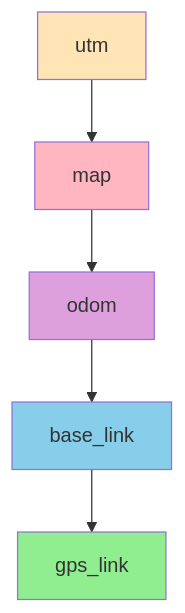
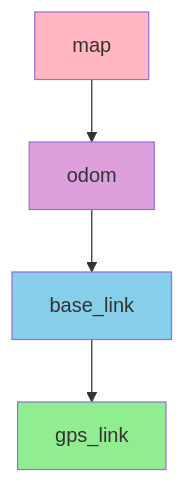
One commit to sato-susumu/mapviz_sample changed the second of 6 diagrams in genai_docs/MAPVIZ_TILE_DISPLAY_GUIDE.md. Above: the diagram before and after it, drawn with Mermaid. The commit also changed other lines of this file and 6 other files, not shown here.

````diff
--- a/genai_docs/MAPVIZ_TILE_DISPLAY_GUIDE.md
+++ b/genai_docs/MAPVIZ_TILE_DISPLAY_GUIDE.md
@@ -35,13 +35,11 @@
 ```mermaid
 graph TD
-    UTM[utm] --> MAP[map]
-    MAP --> ODOM[odom]
+    MAP[map] --> ODOM[odom]
     ODOM --> BASE[base_link]
     BASE --> GPS[gps_link]
 
-    style UTM fill:#FFE4B5
     style MAP fill:#FFB6C1
     style ODOM fill:#DDA0DD
     style BASE fill:#87CEEB
     style GPS fill:#90EE90
 ```
````
